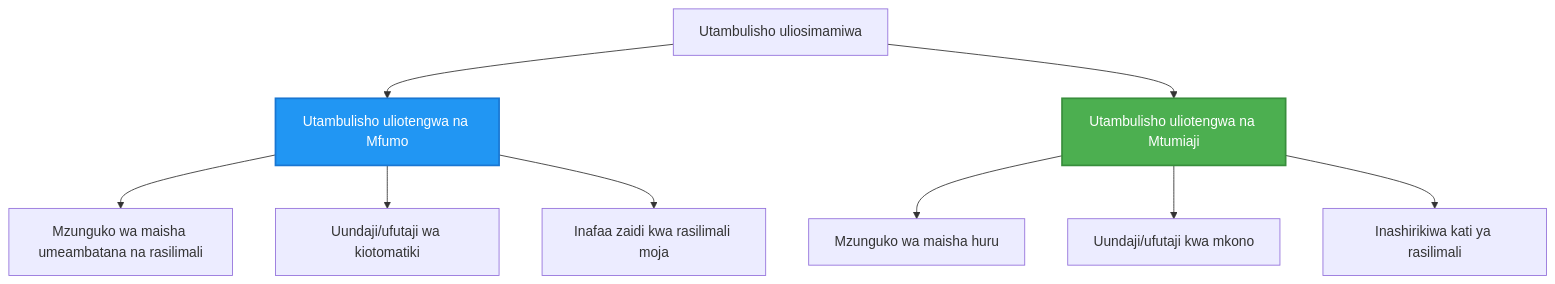
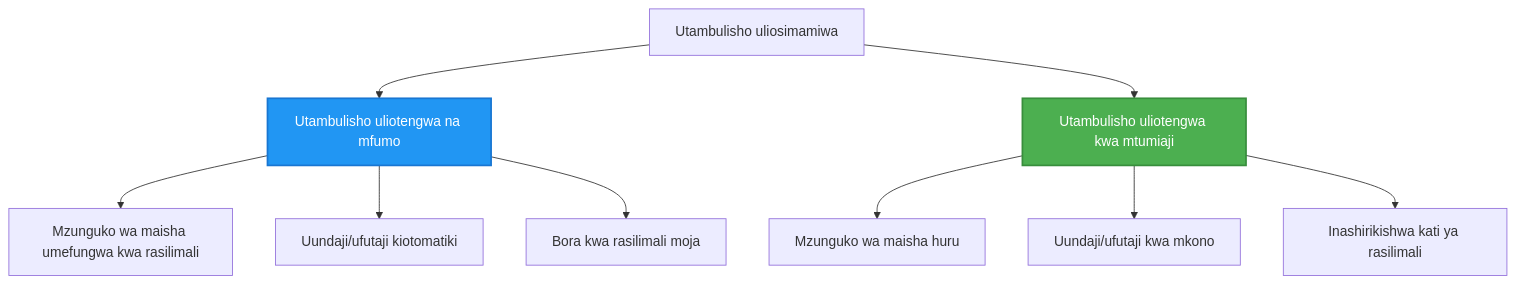
One commit to microsoft/AZD-for-beginners changed the second of 2 diagrams in translations/sw/docs/chapter-03-configuration/authsecurity.md. Above: the diagram before and after it, drawn with Mermaid. The commit also changed other lines of this file and 104 other files, not shown here.

````diff
--- a/translations/sw/docs/chapter-03-configuration/authsecurity.md
+++ b/translations/sw/docs/chapter-03-configuration/authsecurity.md
@@ -97,20 +98,20 @@
 ```mermaid
 graph TB
     MI[Utambulisho uliosimamiwa]
-    SystemAssigned[Utambulisho uliotengwa na Mfumo]
-    UserAssigned[Utambulisho uliotengwa na Mtumiaji]
+    SystemAssigned[Utambulisho uliotengwa na mfumo]
+    UserAssigned[Utambulisho uliotengwa kwa mtumiaji]
     
     MI --> SystemAssigned
     MI --> UserAssigned
     
-    SystemAssigned --> SA1[Mzunguko wa maisha umeambatana na rasilimali]
-    SystemAssigned --> SA2[Uundaji/ufutaji wa kiotomatiki]
-    SystemAssigned --> SA3[Inafaa zaidi kwa rasilimali moja]
+    SystemAssigned --> SA1[Mzunguko wa maisha umefungwa kwa rasilimali]
+    SystemAssigned --> SA2[Uundaji/ufutaji kiotomatiki]
+    SystemAssigned --> SA3[Bora kwa rasilimali moja]
     
     UserAssigned --> UA1[Mzunguko wa maisha huru]
     UserAssigned --> UA2[Uundaji/ufutaji kwa mkono]
-    UserAssigned --> UA3[Inashirikiwa kati ya rasilimali]
+    UserAssigned --> UA3[Inashirikishwa kati ya rasilimali]
     
     style SystemAssigned fill:#2196F3,stroke:#1976D2,stroke-width:2px,color:#fff
     style UserAssigned fill:#4CAF50,stroke:#388E3C,stroke-width:2px,color:#fff
 ```
````
